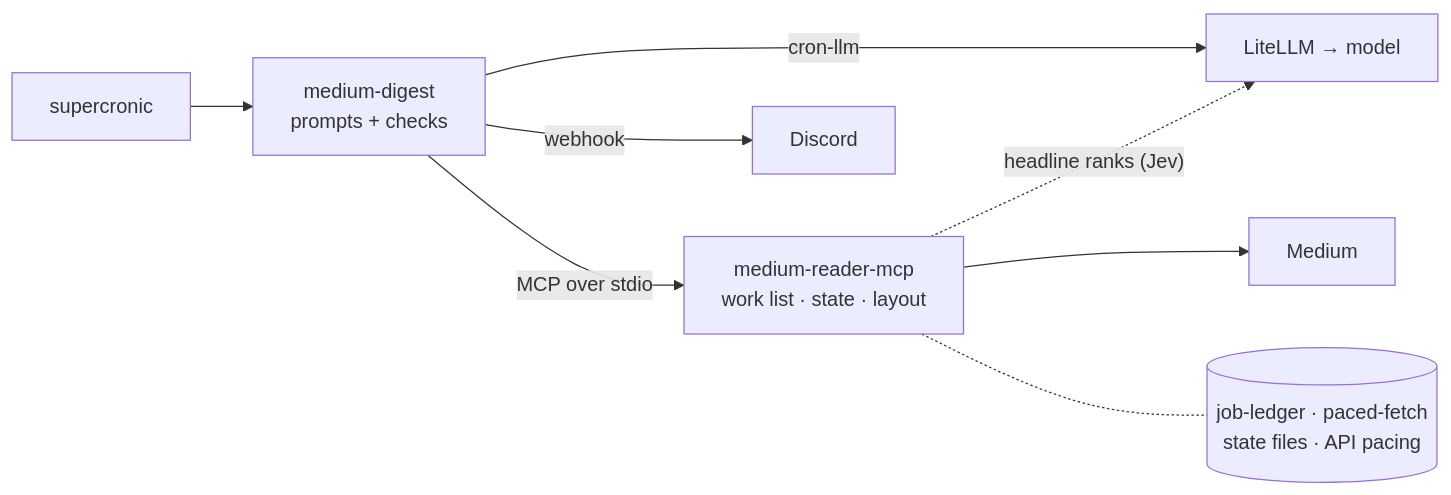
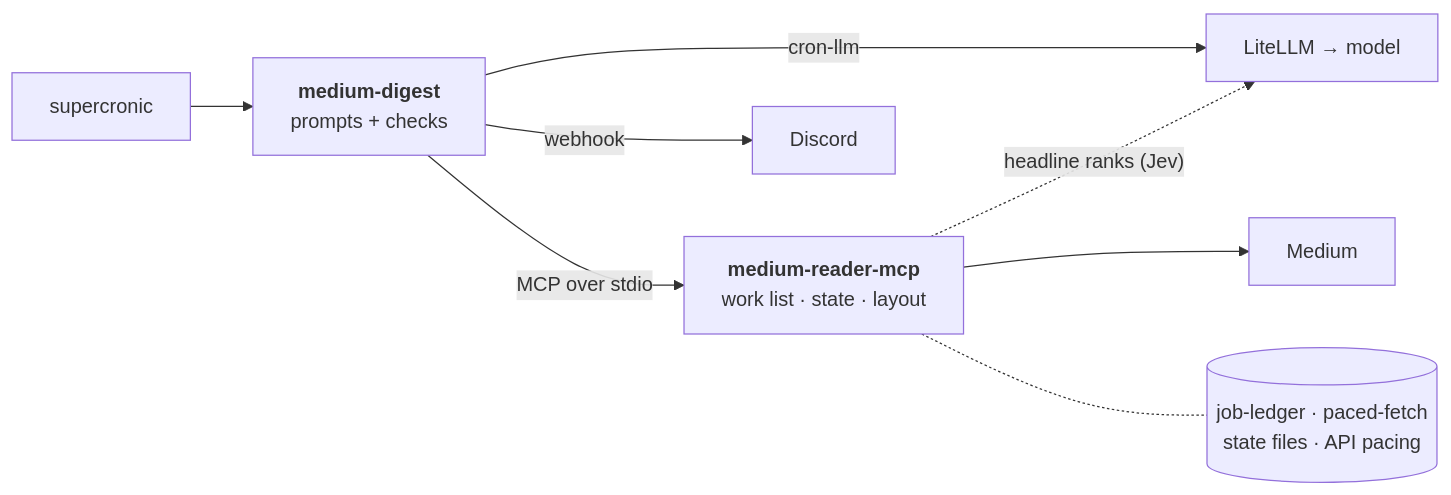
The diagram in README.md (wkbaran/medium-digest), drawn with Mermaid before and after one commit.

Commit message:
README diagram: package names in bold, details on the line below

````diff
--- a/README.md
+++ b/README.md
@@ -29,10 +29,13 @@
 ```mermaid
 flowchart LR
-  cron["supercronic"] --> job["medium-digest<br/>prompts + checks"]
+  cron["supercronic"] --> job["`**medium-digest**
+prompts + checks`"]
   job -- "cron-llm" --> llm["LiteLLM → model"]
-  job -- "MCP over stdio" --> mcp["medium-reader-mcp<br/>work list · state · layout"]
+  job -- "MCP over stdio" --> mcp["`**medium-reader-mcp**
+work list · state · layout`"]
   mcp --> api["Medium"]
   mcp -. "headline ranks (Jev)" .-> llm
-  mcp -.- libs[("job-ledger · paced-fetch<br/>state files · API pacing")]
+  mcp -.- libs[("`job-ledger · paced-fetch
+state files · API pacing`")]
   job -- "webhook" --> discord["Discord"]
 ```
````
